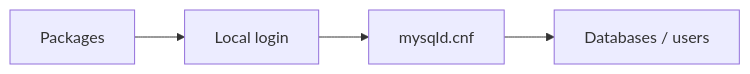
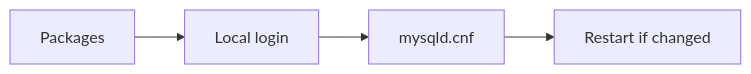
One commit to OT-OSM/percona_server changed the diagram in roles/percona_server/README.md. Above: the diagram before and after it, drawn with Mermaid. The commit also changed other lines of this file and 22 other files, not shown here.

````diff
--- a/roles/percona_server/README.md
+++ b/roles/percona_server/README.md
@@ -5,4 +5,4 @@
 ```mermaid
 flowchart LR
-  A[Packages] --> B[Local login] --> C[mysqld.cnf] --> D[Databases / users]
+  A[Packages] --> B[Local login] --> C[mysqld.cnf] --> D[Restart if changed]
 ```
````
